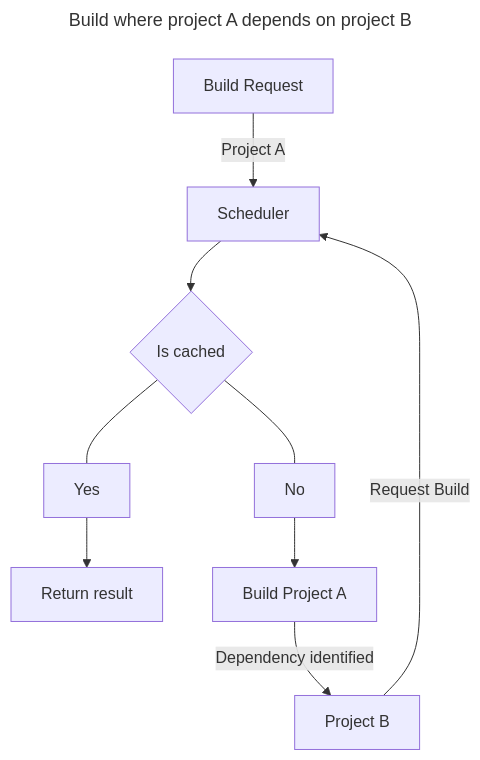
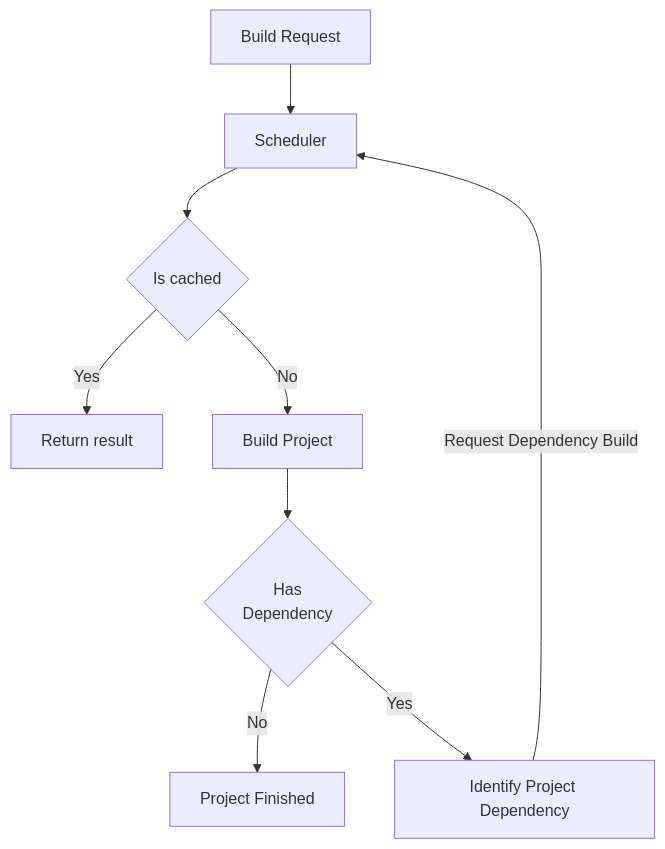
Before and after one commit to dotnet/msbuild: the fourth of 4 diagrams in documentation/High-level-overview.md, drawn with Mermaid. The commit also changed other lines of this file, not shown here.

````diff
--- a/documentation/High-level-overview.md
+++ b/documentation/High-level-overview.md
@@ -180,12 +177,15 @@
 ```mermaid
----
-title: Build where project A depends on project B
----
 flowchart TD
-   A1[Build Request] --Project A--> S1[Scheduler]
+   A1[Build Request] --> S1[Scheduler]
+   
    S1 --> C1{Is cached}
-   C1 ---Yes1[Yes]--> Result1[Return result]
-   C1 ---No1[No]--> Build1[Build Project A]
-   Build1 --Dependency identified--> PB1[Project B]
-   PB1 --Request Build--> S1
+   C1 --Yes--> Result1[Return result]
+   C1 -- No --> Build1[Build Project]
+
+   Build1 --> HD{Has 
+   Dependency}
+   HD --No --> PF[Project Finished]
+   HD --Yes --> DI[Identify Project Dependency]
+
+   DI --Request Dependency Build--> S1
 ```
````
